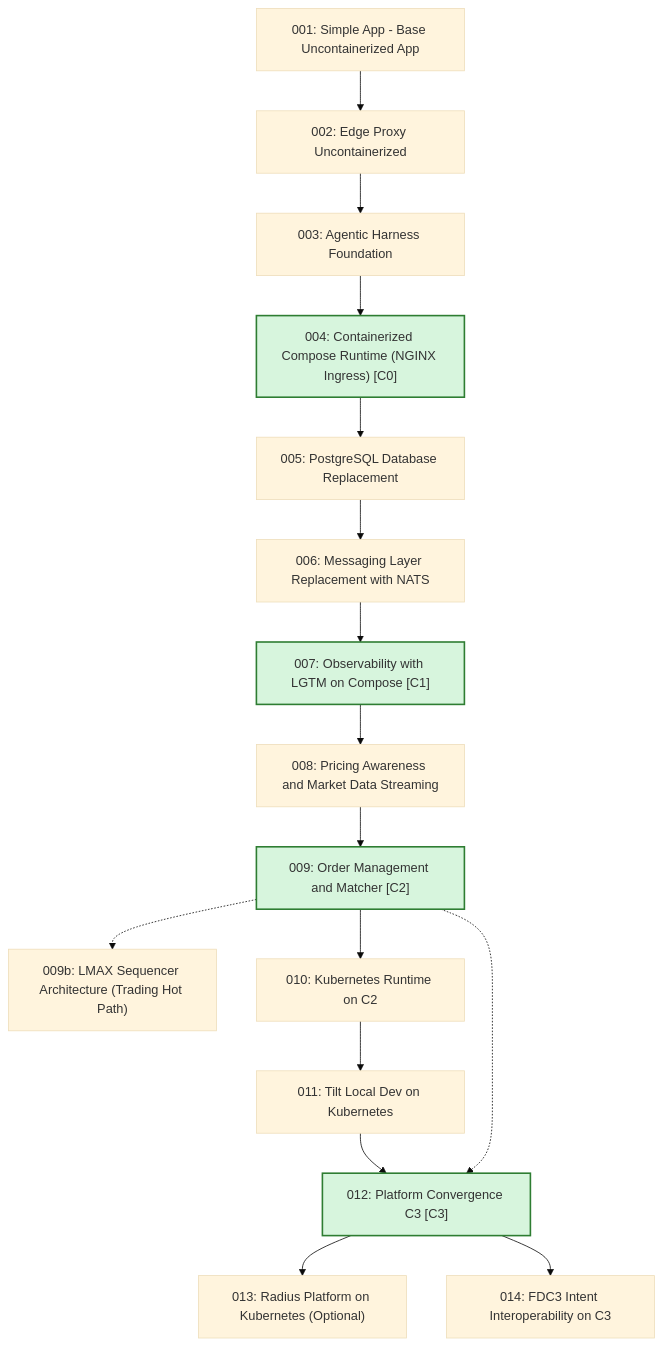
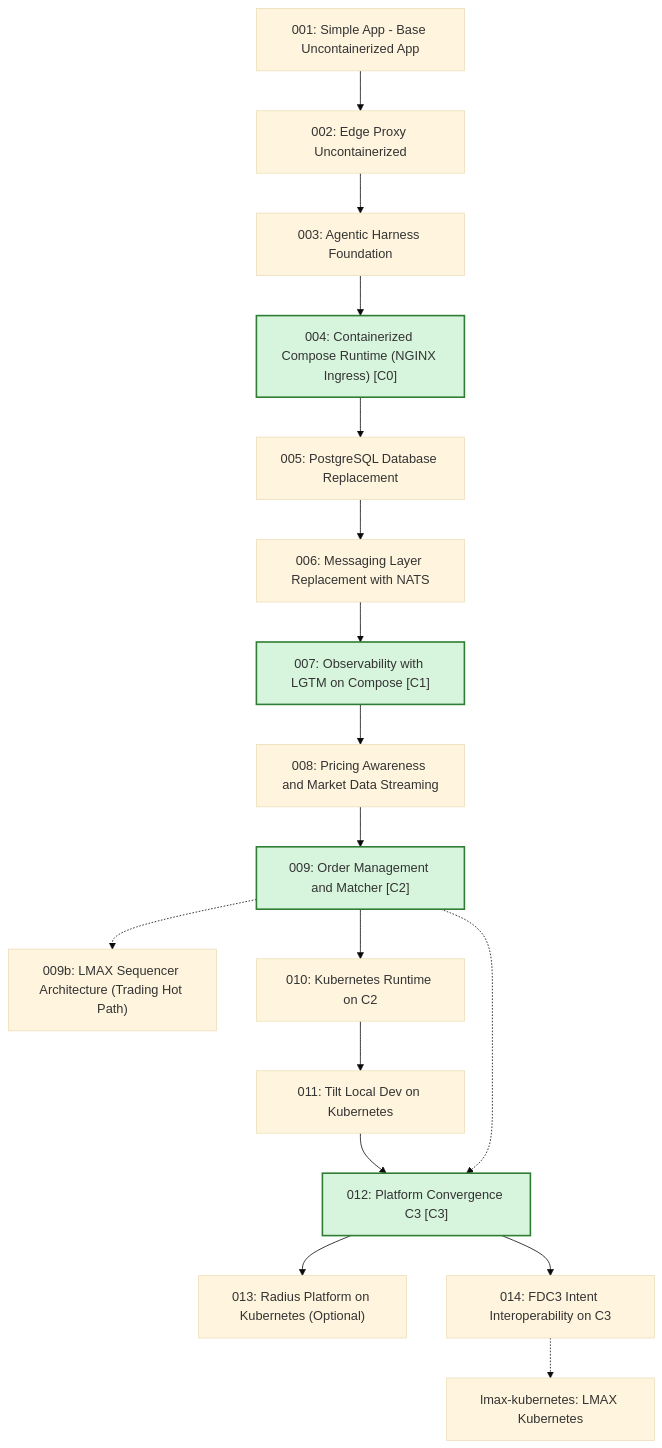
Before and after one commit to YU-CS-Summer-2026-Distributed-TraderX/traderX: the second of 3 diagrams in docs/learning-paths/index.md, drawn with Mermaid (base theme). The commit also changed other lines of this file and 140 other files, not shown here.

Commit message:
Add lmax-kubernetes state pack and runtime plumbing

````diff
--- a/docs/learning-paths/index.md
+++ b/docs/learning-paths/index.md
@@ -36,53 +36,56 @@
 ```mermaid
 flowchart TB
   S001_baseline_uncontainerized_parity["001: Simple App - Base Uncontainerized App"]
   S002_edge_proxy_uncontainerized["002: Edge Proxy Uncontainerized"]
   S003_agentic_harness_foundation["003: Agentic Harness Foundation"]
   S004_containerized_compose_runtime["004: Containerized Compose Runtime (NGINX Ingress) [C0]"]
   S005_postgres_database_replacement["005: PostgreSQL Database Replacement"]
   S006_messaging_nats_replacement["006: Messaging Layer Replacement with NATS"]
   S007_observability_lgtm_compose["007: Observability with LGTM on Compose [C1]"]
   S008_pricing_awareness_market_data["008: Pricing Awareness and Market Data Streaming"]
   S009_order_management_matcher["009: Order Management and Matcher [C2]"]
   S009b_lmax_sequencer_architecture["009b: LMAX Sequencer Architecture (Trading Hot Path)"]
   S010_kubernetes_runtime["010: Kubernetes Runtime on C2"]
   S011_tilt_kubernetes_dev_loop["011: Tilt Local Dev on Kubernetes"]
   S012_platform_convergence_c3["012: Platform Convergence C3 [C3]"]
   S013_radius_kubernetes_platform["013: Radius Platform on Kubernetes (Optional)"]
   S014_fdc3_intent_interoperability["014: FDC3 Intent Interoperability on C3"]
+  Slmax_kubernetes["lmax-kubernetes: LMAX Kubernetes"]
   S001_baseline_uncontainerized_parity --> S002_edge_proxy_uncontainerized
   S002_edge_proxy_uncontainerized --> S003_agentic_harness_foundation
   S003_agentic_harness_foundation --> S004_containerized_compose_runtime
   S004_containerized_compose_runtime --> S005_postgres_database_replacement
   S005_postgres_database_replacement --> S006_messaging_nats_replacement
   S006_messaging_nats_replacement --> S007_observability_lgtm_compose
   S007_observability_lgtm_compose --> S008_pricing_awareness_market_data
   S008_pricing_awareness_market_data --> S009_order_management_matcher
   S009_order_management_matcher -.-> S009b_lmax_sequencer_architecture
   S009_order_management_matcher --> S010_kubernetes_runtime
   S010_kubernetes_runtime --> S011_tilt_kubernetes_dev_loop
   S011_tilt_kubernetes_dev_loop --> S012_platform_convergence_c3
   S012_platform_convergence_c3 --> S013_radius_kubernetes_platform
   S012_platform_convergence_c3 --> S014_fdc3_intent_interoperability
+  S014_fdc3_intent_interoperability -.-> Slmax_kubernetes
   S009_order_management_matcher -.-> S012_platform_convergence_c3
   click S001_baseline_uncontainerized_parity href "/specs/baseline-uncontainerized-parity" "Open State 001 Spec Pack"
   click S002_edge_proxy_uncontainerized href "/specs/edge-proxy-uncontainerized" "Open State 002 Spec Pack"
   click S003_agentic_harness_foundation href "/specs/agentic-harness-foundation" "Open State 003 Spec Pack"
   click S004_containerized_compose_runtime href "/specs/containerized-compose-runtime" "Open State 004 Spec Pack"
   click S005_postgres_database_replacement href "/specs/postgres-database-replacement" "Open State 005 Spec Pack"
   click S006_messaging_nats_replacement href "/specs/messaging-nats-replacement" "Open State 006 Spec Pack"
   click S007_observability_lgtm_compose href "/specs/observability-lgtm-compose" "Open State 007 Spec Pack"
   click S008_pricing_awareness_market_data href "/specs/pricing-awareness-market-data" "Open State 008 Spec Pack"
   click S009_order_management_matcher href "/specs/order-management-matcher" "Open State 009 Spec Pack"
   click S009b_lmax_sequencer_architecture href "/specs/lmax-sequencer-architecture" "Open State 009b Spec Pack"
   click S010_kubernetes_runtime href "/specs/kubernetes-runtime" "Open State 010 Spec Pack"
   click S011_tilt_kubernetes_dev_loop href "/specs/tilt-kubernetes-dev-loop" "Open State 011 Spec Pack"
   click S012_platform_convergence_c3 href "/specs/platform-convergence-c3" "Open State 012 Spec Pack"
   click S013_radius_kubernetes_platform href "/specs/radius-kubernetes-platform" "Open State 013 Spec Pack"
   click S014_fdc3_intent_interoperability href "/specs/fdc3-intent-interoperability" "Open State 014 Spec Pack"
+  click Slmax_kubernetes href "/specs/lmax-kubernetes" "Open State lmax-kubernetes Spec Pack"
   classDef convergence fill:#d7f5dd,stroke:#2e7d32,stroke-width:2px
   class S004_containerized_compose_runtime convergence
   class S007_observability_lgtm_compose convergence
   class S009_order_management_matcher convergence
   class S012_platform_convergence_c3 convergence
 ```
````
